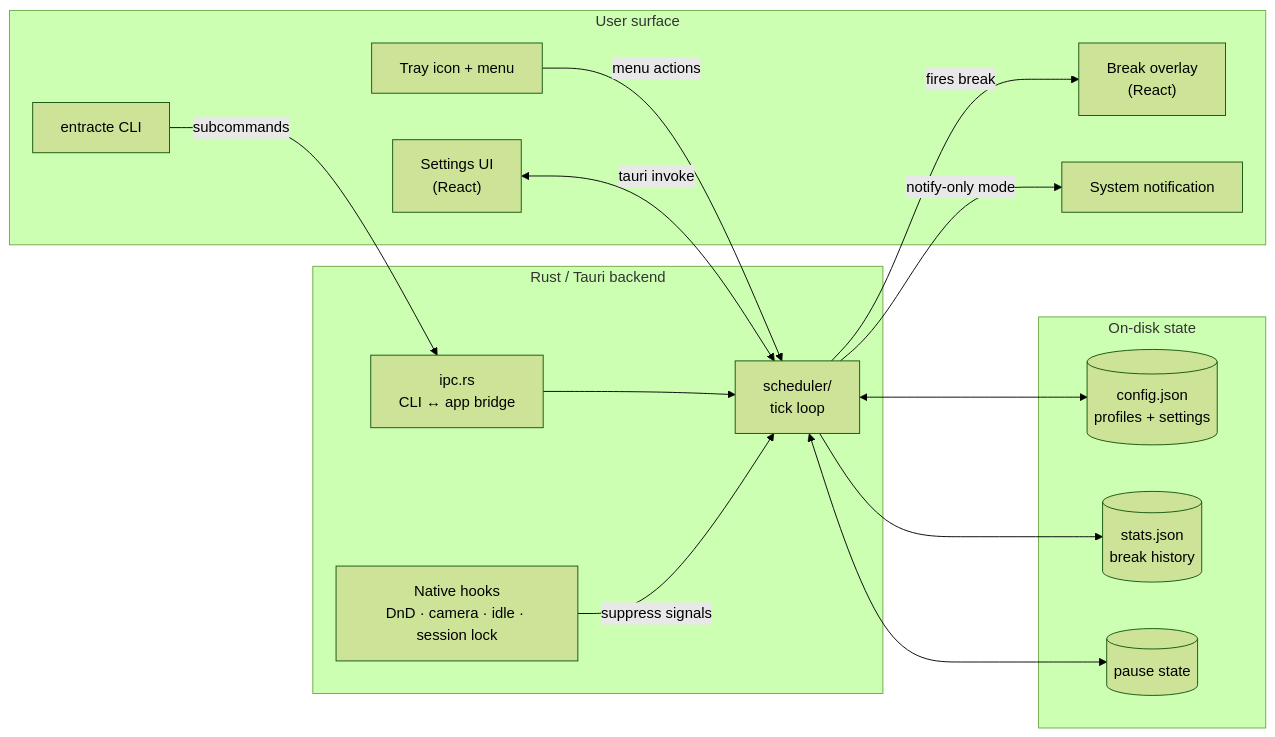
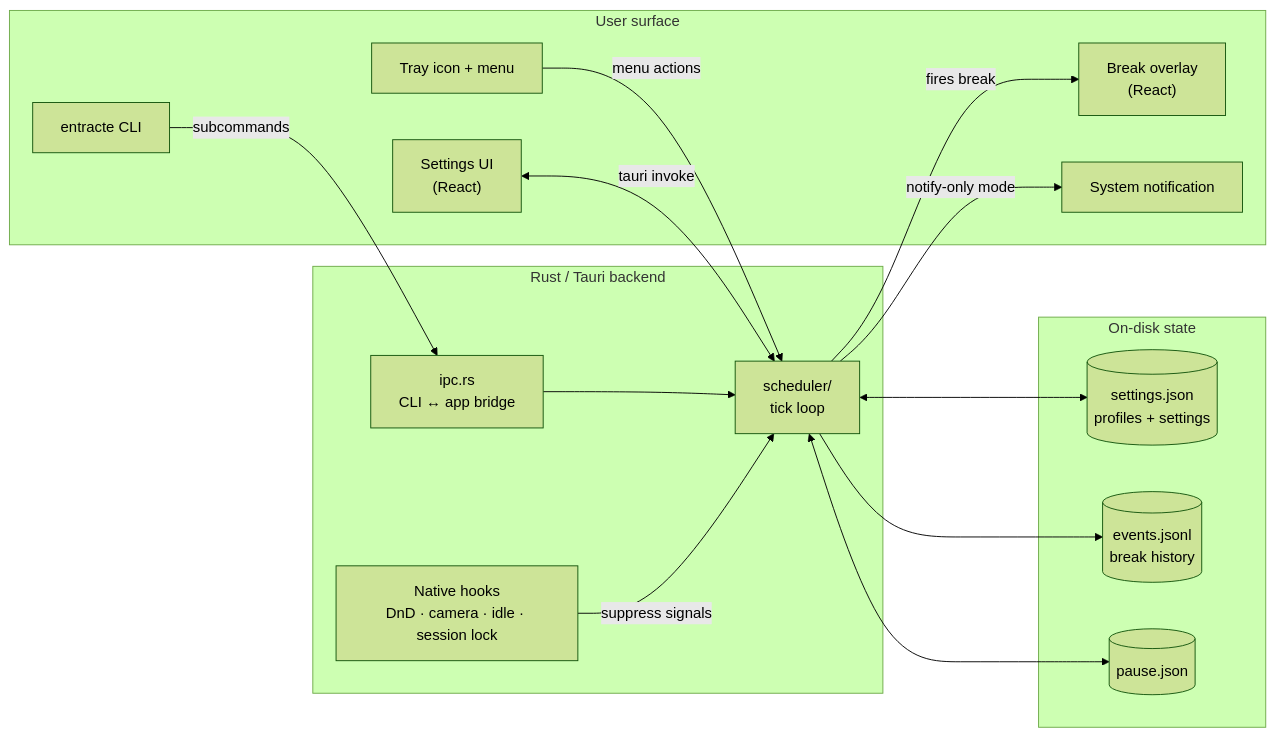
One commit to drmowinckels/entracte changed the diagram in README.md. Above: the diagram before and after it, drawn with Mermaid (forest theme). The commit also changed other lines of this file and 2 other files, not shown here.

Commit message:
chore(release): prep v0.0.1 — CHANGELOG, README updates, prerelease toggle
- Add CHANGELOG.md with the v0.0.1 entry. The body doubles as the
  GitHub release notes (tauri-action drafts the release; this is
  what goes in the description).
- README: supporter pack is shipping (not "in the works"); mention
  the full-backup feature in the feature list; fix the architecture
  diagram's on-disk state labels (settings.json / events.jsonl /
  pause.json instead of the old placeholders).
- release.yml: flip the `prerelease` flag based on tag prefix so
  0.0.X tags ship as betas (don't surface as "latest"); 0.1.X
  and later go out as stable.

````diff
--- a/README.md
+++ b/README.md
@@ -114,33 +115,33 @@
 ```mermaid
 flowchart LR
     subgraph UI["User surface"]
         Tray["Tray icon + menu"]
         CLI["entracte CLI"]
         SettingsUI["Settings UI<br/>(React)"]
         Overlay["Break overlay<br/>(React)"]
         SysNotification["System notification"]
     end
 
     subgraph Backend["Rust / Tauri backend"]
         IPC["ipc.rs<br/>CLI ↔ app bridge"]
         Scheduler["scheduler/<br/>tick loop"]
         Hooks["Native hooks<br/>DnD · camera · idle · session lock"]
     end
 
     subgraph Stores["On-disk state"]
-        Config[("config.json<br/>profiles + settings")]
-        Stats[("stats.json<br/>break history")]
-        Pause[("pause state")]
+        Config[("settings.json<br/>profiles + settings")]
+        Stats[("events.jsonl<br/>break history")]
+        Pause[("pause.json")]
     end
 
     CLI -->|subcommands| IPC
     Tray -->|menu actions| Scheduler
     IPC --> Scheduler
     SettingsUI <-->|tauri invoke| Scheduler
     Hooks -->|suppress signals| Scheduler
     Scheduler -->|fires break| Overlay
     Scheduler -->|notify-only mode| SysNotification
     Scheduler <--> Config
     Scheduler --> Stats
     Scheduler <--> Pause
 ```
````
